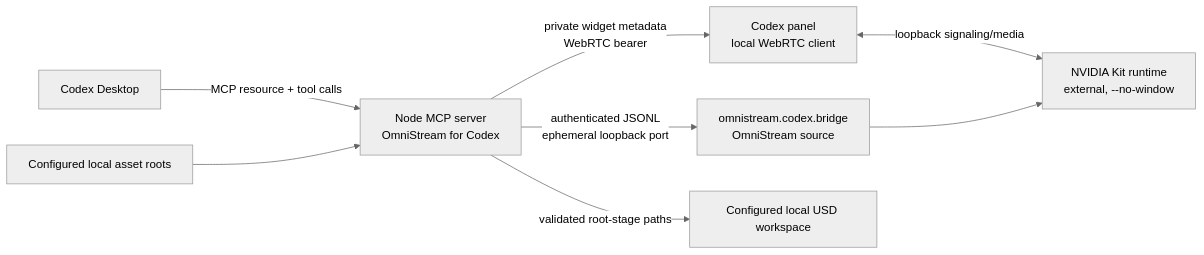
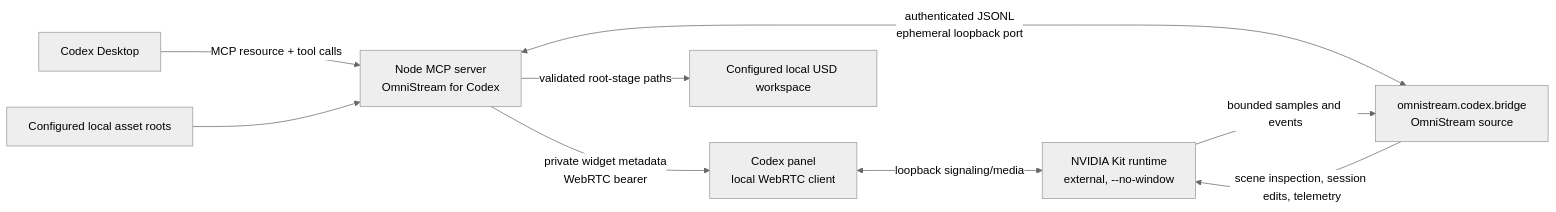
One commit to unicornwhodev/omnistream changed the diagram in docs/ARCHITECTURE.md. Above: the diagram before and after it, drawn with Mermaid (neutral theme). The commit also changed other lines of this file and 10 other files, not shown here.

Commit message:
docs: update OmniStream README and guides

````diff
--- a/docs/ARCHITECTURE.md
+++ b/docs/ARCHITECTURE.md
@@ -5,10 +3,11 @@
 ```mermaid
 flowchart LR
   Codex["Codex Desktop"] -->|"MCP resource + tool calls"| MCP["Node MCP server\nOmniStream for Codex"]
   MCP -->|"private widget metadata\nWebRTC bearer"| Panel["Codex panel\nlocal WebRTC client"]
   Panel <-->|"loopback signaling/media"| Kit["NVIDIA Kit runtime\nexternal, --no-window"]
-  MCP -->|"authenticated JSONL\nephemeral loopback port"| Bridge["omnistream.codex.bridge\nOmniStream source"]
-  Bridge --> Kit
+  MCP <-->|"authenticated JSONL\nephemeral loopback port"| Bridge["omnistream.codex.bridge\nOmniStream source"]
+  Bridge -->|"scene inspection, session edits, telemetry"| Kit
+  Kit -->|"bounded samples and events"| Bridge
   MCP -->|"validated root-stage paths"| USD["Configured local USD workspace"]
   Assets["Configured local asset roots"] --> MCP
 ```
````
